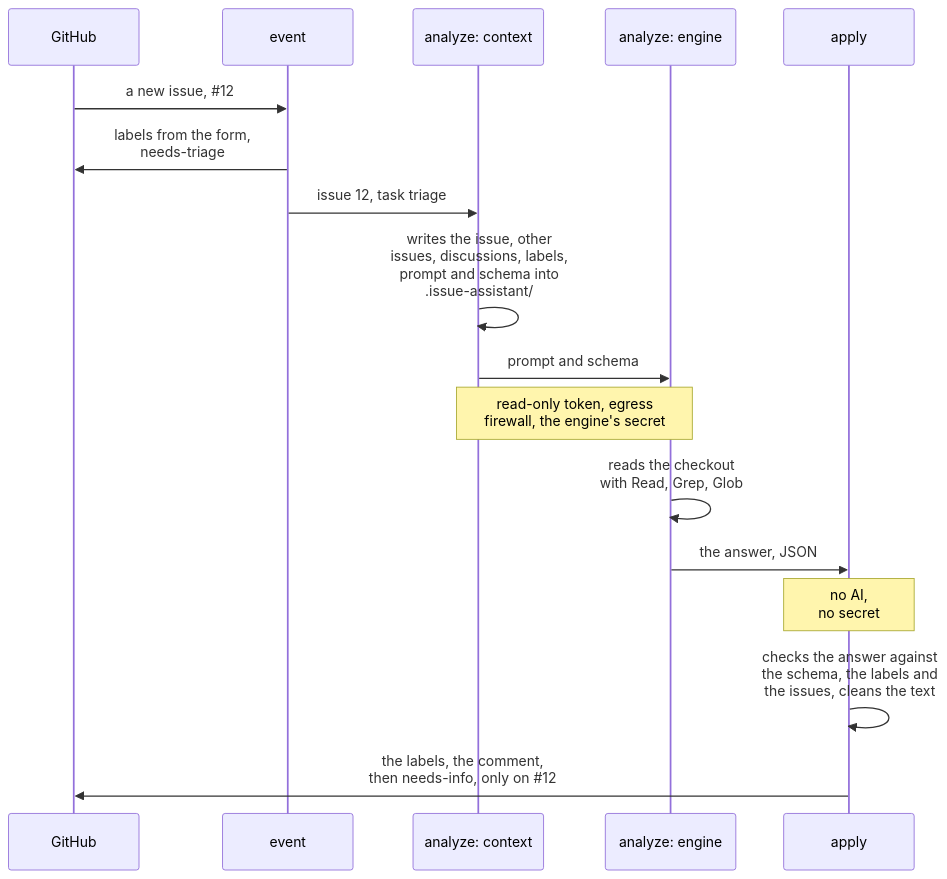
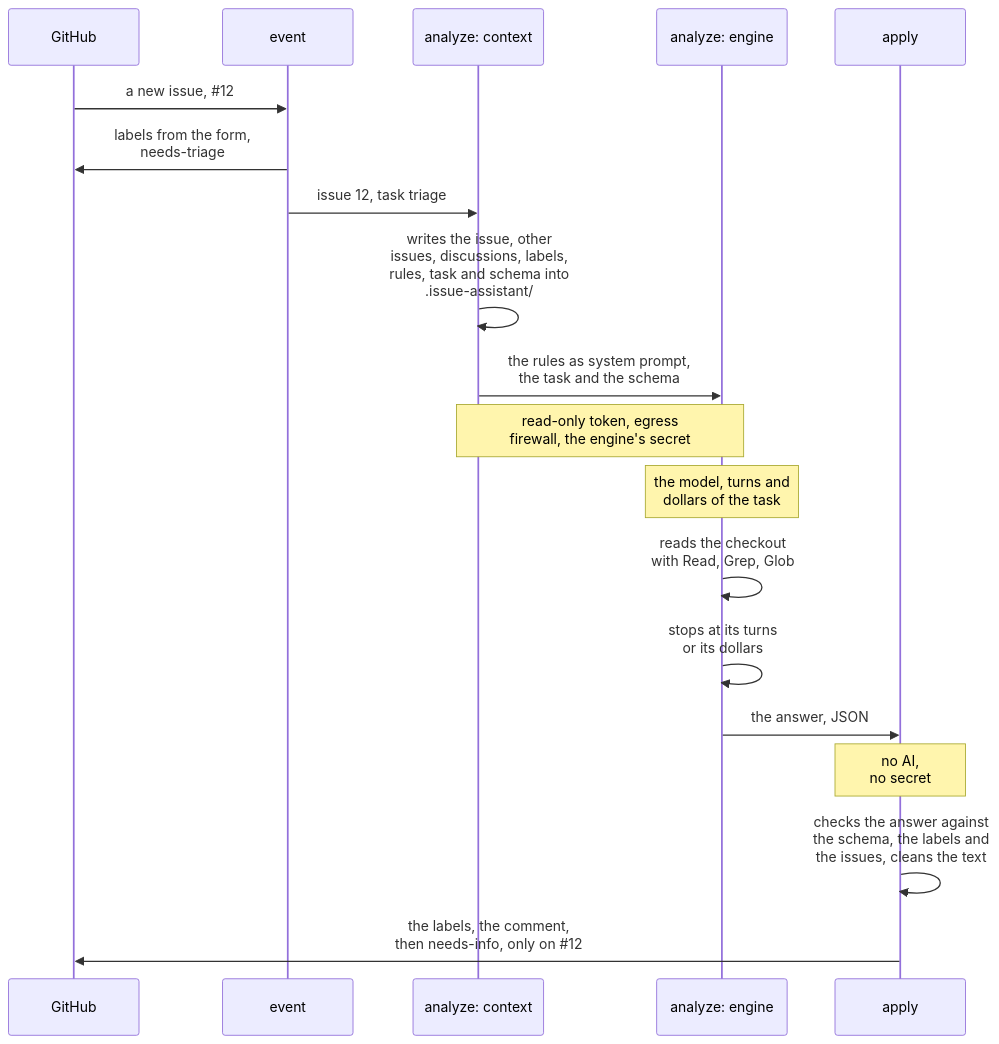
One commit to Dennis-Otto/issue-assistant changed the diagram in docs/diagrams/one-run-of-issue-assistant-yml-for-a-new-issue.mmd. Above: the diagram before and after it, drawn with Mermaid. The commit also changed 31 other files, not shown here.

First line of the commit message:
feat: per-task model, turns and budget, the rules as system prompt, and the cost of every run in the summary (#126)

```diff
--- a/docs/diagrams/one-run-of-issue-assistant-yml-for-a-new-issue.mmd
+++ b/docs/diagrams/one-run-of-issue-assistant-yml-for-a-new-issue.mmd
@@ -1,19 +1,21 @@
 sequenceDiagram
   accTitle: One run of issue-assistant.yml for a new issue
-  accDescr: GitHub sends the event of the new issue 12 to the job event, which adds the labels of the form and needs-triage and hands the issue and the task triage to the job analyze. Its context step writes the issue, the other issues, the discussions, the labels, the prompt and the schema into .issue-assistant/ and hands the prompt and the schema to the engine, which runs with a read-only token, behind the egress firewall, with the engine's secret. The engine reads the checkout with Read, Grep and Glob and hands its answer in JSON to the job apply, which runs no AI and has no secret. apply checks the answer against the schema, the labels and the issues, cleans the text, and writes the labels, the comment and then needs-info, only on issue 12.
+  accDescr: GitHub sends the event of the new issue 12 to the job event, which adds the labels of the form and needs-triage and hands the issue and the task triage to the job analyze. Its engine step chooses the model, the turns and the dollars of the task, and its context step writes the issue, the other issues, the discussions, the labels, the rules, the task and the schema into .issue-assistant/ and hands the rules as the system prompt, the task and the schema to the engine, which runs with a read-only token, behind the egress firewall, with the engine's secret and stops at its turns or its dollars. The engine reads the checkout with Read, Grep and Glob and hands its answer in JSON to the job apply, which runs no AI and has no secret. apply checks the answer against the schema, the labels and the issues, cleans the text, and writes the labels, the comment and then needs-info, only on issue 12. The usage step writes what the run cost into the summary of the job.
   participant G as GitHub
   participant E as event
   participant C as analyze: context
   participant AI as analyze: engine
   participant P as apply
   G->>E: a new issue, #35;12
   E->>G: labels from the form,<br>needs-triage
   E->>C: issue 12, task triage
-  C->>C: writes the issue, other<br>issues, discussions, labels,<br>prompt and schema into<br>.issue-assistant/
-  C->>AI: prompt and schema
+  C->>C: writes the issue, other<br>issues, discussions, labels,<br>rules, task and schema into<br>.issue-assistant/
+  C->>AI: the rules as system prompt,<br>the task and the schema
   Note over C,AI: read-only token, egress<br>firewall, the engine's secret
+  Note over AI: the model, turns and<br>dollars of the task
   AI->>AI: reads the checkout<br>with Read, Grep, Glob
+  AI->>AI: stops at its turns<br>or its dollars
   AI->>P: the answer, JSON
   Note over P: no AI,<br>no secret
   P->>P: checks the answer against<br>the schema, the labels and<br>the issues, cleans the text
   P->>G: the labels, the comment,<br>then needs-info, only on #35;12
```
